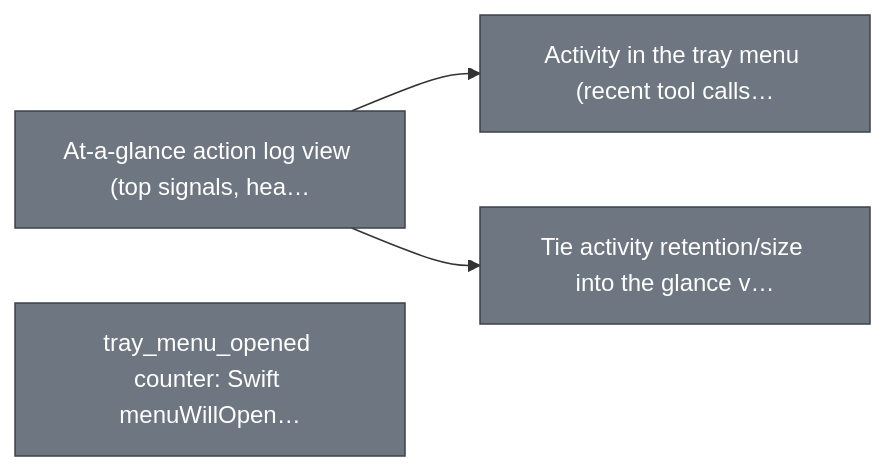
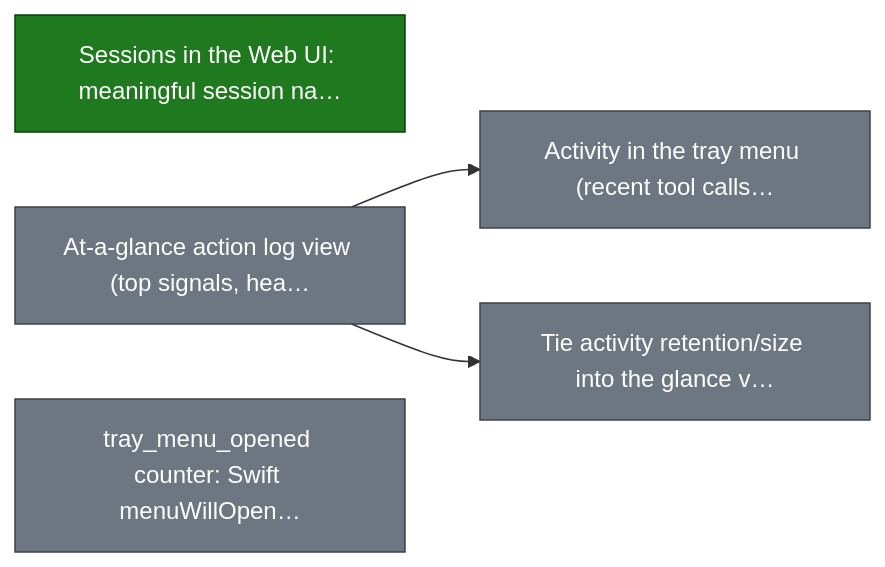
The tenth of 17 diagrams in ROADMAP.md (smart-mcp-proxy/mcpproxy-go), drawn with Mermaid before and after one commit. The commit also changed other lines of this file and 5 other files, not shown here.

First line of the commit message:
feat(webui): meaningful session names in the Activity Log + link the Sessions page (#836)

````diff
--- a/ROADMAP.md
+++ b/ROADMAP.md
@@ -337,13 +337,16 @@
 ```mermaid
 graph LR
+  sessions_web_ui["Sessions in the Web UI: meaningful session na…"]
   action_log_glance_view["At-a-glance action log view (top signals, hea…"]
   action_log_tray_menu["Activity in the tray menu (recent tool calls…"]
   tray_menu_open_telemetry["tray_menu_opened counter: Swift menuWillOpen…"]
   action_log_retention_tie_in["Tie activity retention/size into the glance v…"]
 
   action_log_glance_view --> action_log_tray_menu
   action_log_glance_view --> action_log_retention_tie_in
 
+  classDef done fill:#1f7a1f,stroke:#0d3d0d,color:#ffffff;
   classDef todo fill:#6e7781,stroke:#3d4248,color:#ffffff;
+  class sessions_web_ui done;
   class action_log_glance_view,action_log_tray_menu,tray_menu_open_telemetry,action_log_retention_tie_in todo;
 ```
````
